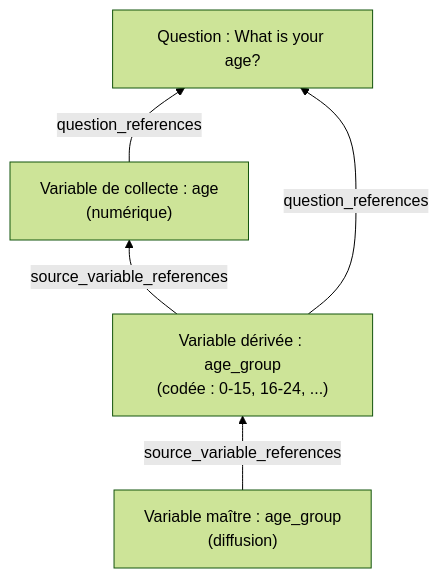
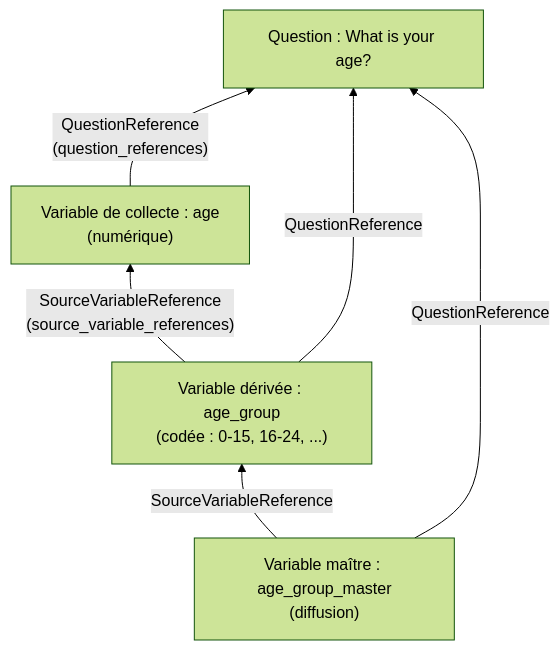
One commit to pbisson44/ddi-l changed the second of 2 diagrams in docs/curriculum/module-11-data-lineage.fr.md. Above: the diagram before and after it, drawn with Mermaid (forest theme). The commit also changed other lines of this file and 597 other files, not shown here.

````diff
--- a/docs/curriculum/module-11-data-lineage.fr.md
+++ b/docs/curriculum/module-11-data-lineage.fr.md
@@ -246,12 +248,13 @@
 ```mermaid
 flowchart BT
     Q1["Question : What is your age?"]
     V1["Variable de collecte : age\n(numérique)"]
     V2["Variable dérivée : age_group\n(codée : 0-15, 16-24, ...)"]
-    V3["Variable maître : age_group\n(diffusion)"]
+    V3["Variable maître : age_group_master\n(diffusion)"]
 
-    V1 -->|"question_references"| Q1
-    V2 -->|"question_references"| Q1
-    V2 -->|"source_variable_references"| V1
-    V3 -->|"source_variable_references"| V2
+    V1 -->|"QuestionReference\n(question_references)"| Q1
+    V2 -->|"QuestionReference"| Q1
+    V3 -->|"QuestionReference"| Q1
+    V2 -->|"SourceVariableReference\n(source_variable_references)"| V1
+    V3 -->|"SourceVariableReference"| V2
 ```
````
